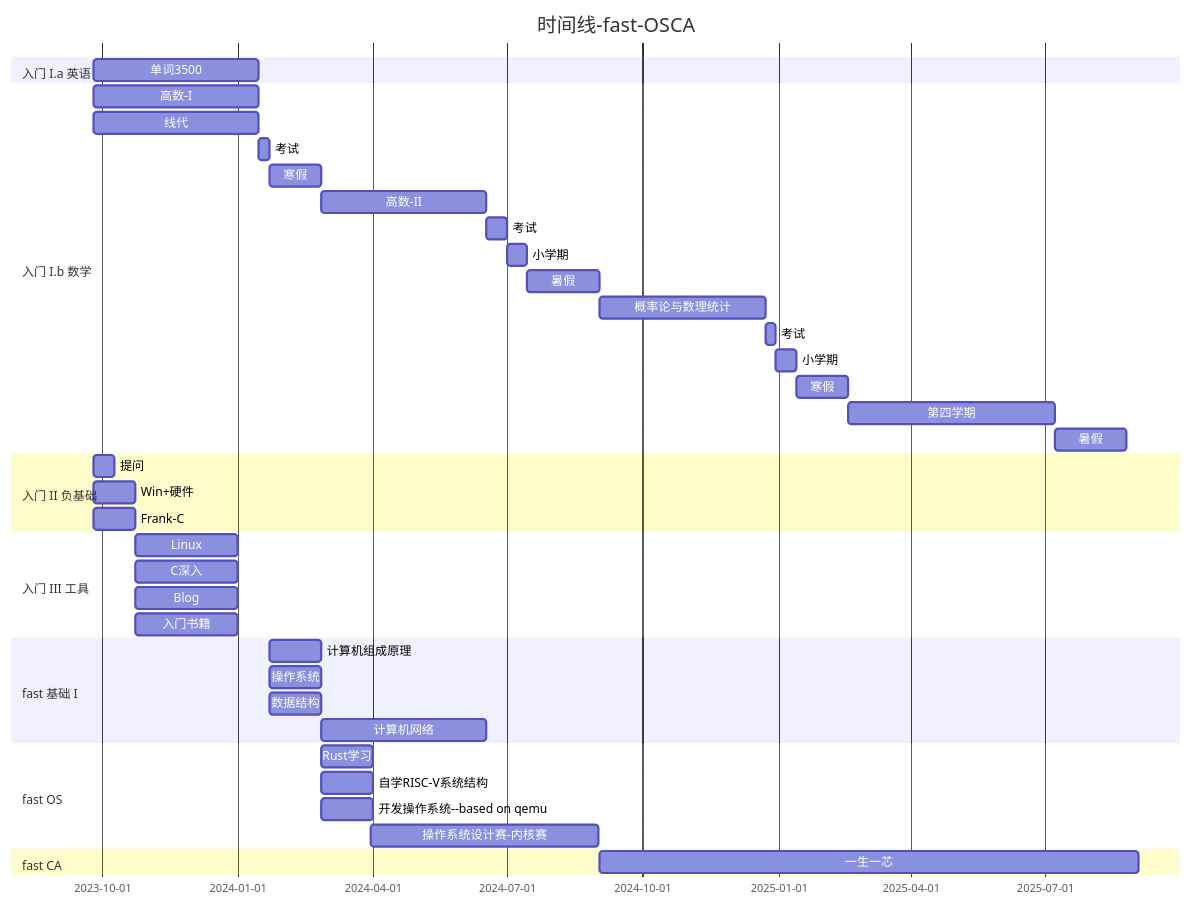
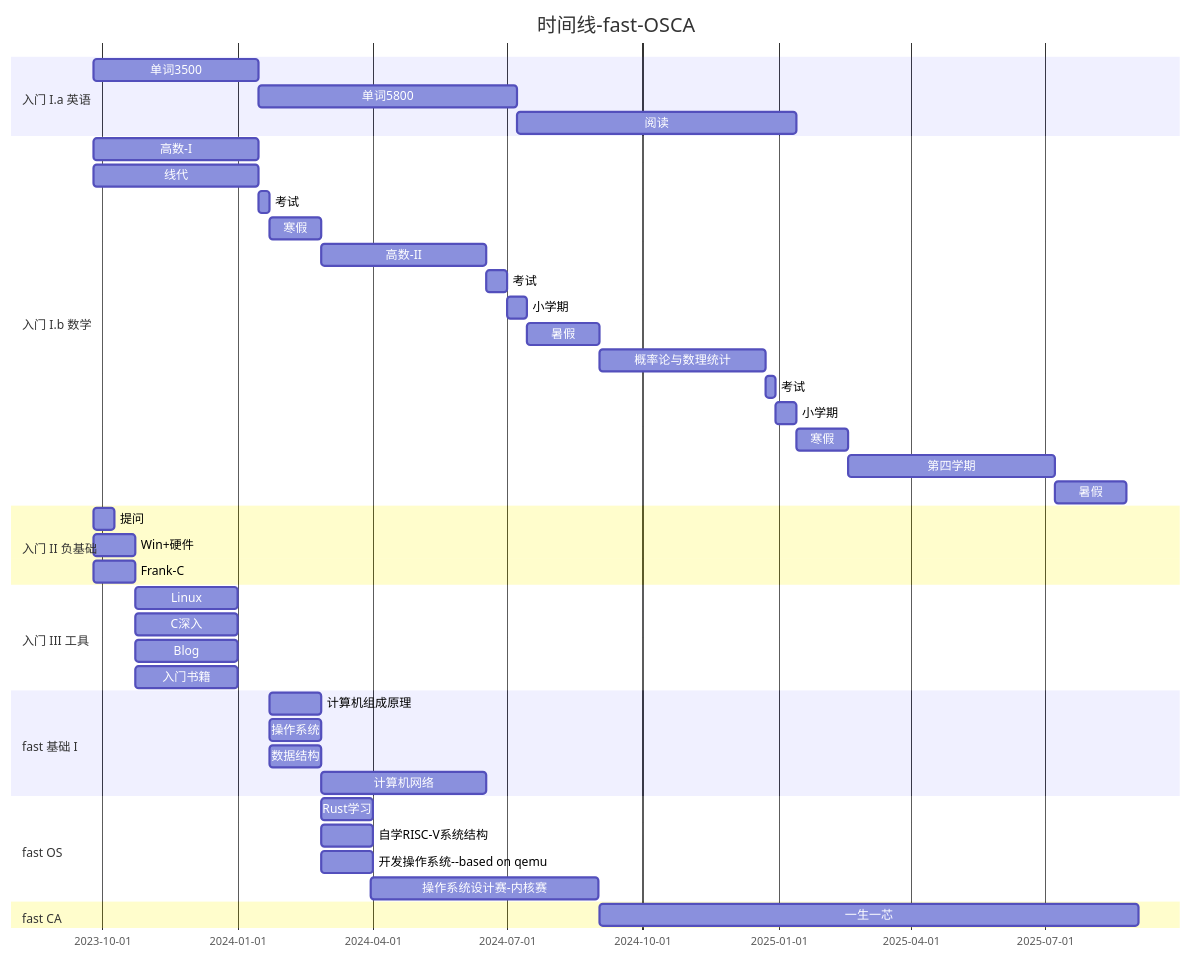
Before and after one commit to Haohahahaha/cs: the first of 3 diagrams in docs/greenhand/fertile/fertile.md, drawn with Mermaid. The commit also changed other lines of this file and 1 other file, not shown here.

````diff
--- a/docs/greenhand/fertile/fertile.md
+++ b/docs/greenhand/fertile/fertile.md
@@ -19,42 +21,44 @@
 ```mermaid
 gantt
     title 时间线-fast-OSCA
     section 入门 I.a 英语
-    单词3500     :2023-09-25, 16w
+    单词3500  : 2023-09-25, 16w
+    单词5800  : 25w
+    阅读		: 27w
     section 入门 I.b 数学
     高数-I	: 2023-09-25, 16w
     线代 		: 2023-09-25, 16w
     考试: 1w
     寒假: 5w
     高数-II	: 2024-02-26, 16w
     考试: 2w
     小学期: 2w
     暑假: 7w
     概率论与数理统计: 2024-09-02, 16w
     考试: 1w
     小学期: 2w
     寒假: 5w
     第四学期: 20w
     暑假: 7w
     section 入门 II 负基础
     提问	: 2023-09-25, 2w
     Win+硬件: 2023-09-25, 4w
     Frank-C	: 2023-09-25, 4w
     section 入门 III 工具
     Linux: 2023-10-23, 10w
     C深入: 2023-10-23, 10w
     Blog: 2023-10-23, 10w
     入门书籍: 2023-10-23, 10w
     section fast 基础 I 
    	计算机组成原理: 2024-01-22, 5w
    	操作系统: 2024-01-22, 5w
    	数据结构: 2024-01-22, 5w
     计算机网络: 2024-02-26, 16w
     section fast OS
     Rust学习: 2024-02-26, 5w
     自学RISC-V系统结构: 2024-02-26, 5w
     开发操作系统--based on qemu: 2024-02-26, 5w
     操作系统设计赛-内核赛: 2024-03-31, 22w
     section fast CA
     一生一芯: 2024-09-02, 1y
 ```
````
